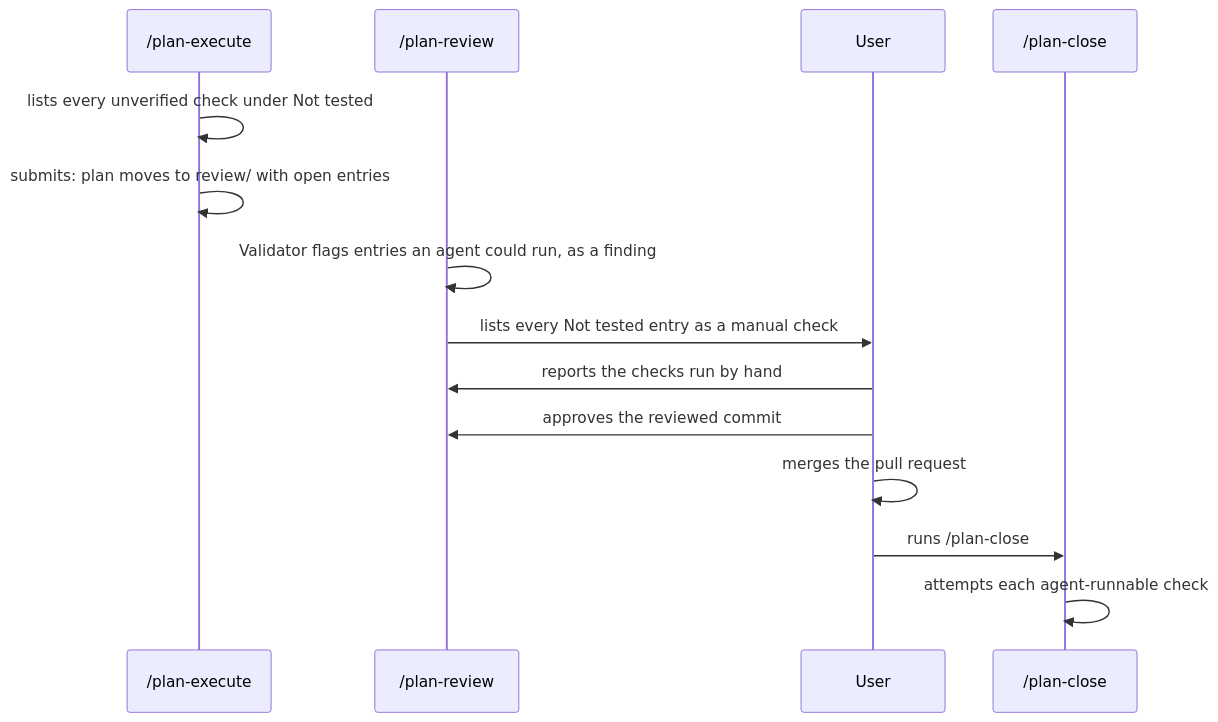
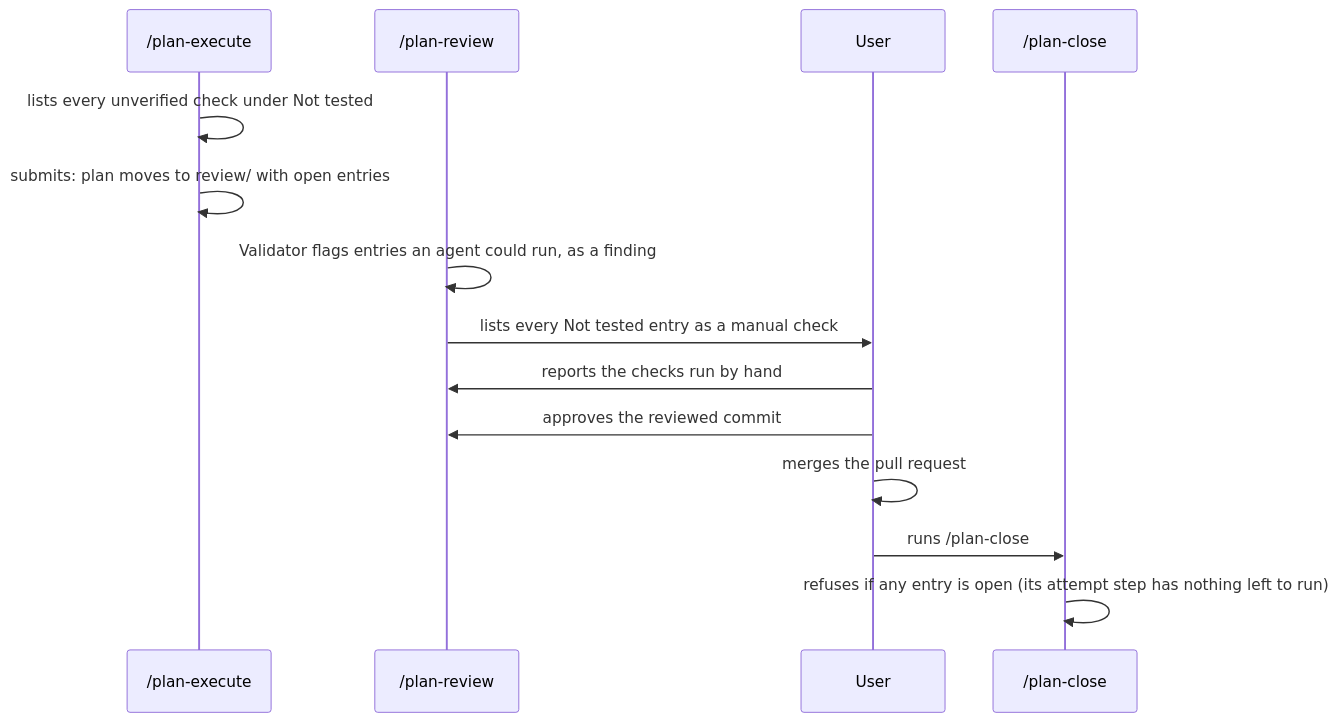
Before and after one commit to kirinmurphy/roborepo-alpha: the first of 2 diagrams in plans/backlog/plans-agents-run-checks-before-handoff.md, drawn with Mermaid. The commit also changed other lines of this file, not shown here.

Commit message:
Update plan plans-agents-run-checks-before-handoff

````diff
--- a/plans/backlog/plans-agents-run-checks-before-handoff.md
+++ b/plans/backlog/plans-agents-run-checks-before-handoff.md
@@ -56,16 +56,16 @@
 ```mermaid
 sequenceDiagram
   participant E as /plan-execute
   participant R as /plan-review
   participant U as User
   participant C as /plan-close
   E->>E: lists every unverified check under Not tested
   E->>E: submits: plan moves to review/ with open entries
   R->>R: Validator flags entries an agent could run, as a finding
   R->>U: lists every Not tested entry as a manual check
   U->>R: reports the checks run by hand
   U->>R: approves the reviewed commit
   U->>U: merges the pull request
   U->>C: runs /plan-close
-  C->>C: attempts each agent-runnable check
+  C->>C: refuses if any entry is open (its attempt step has nothing left to run)
 ```
````
